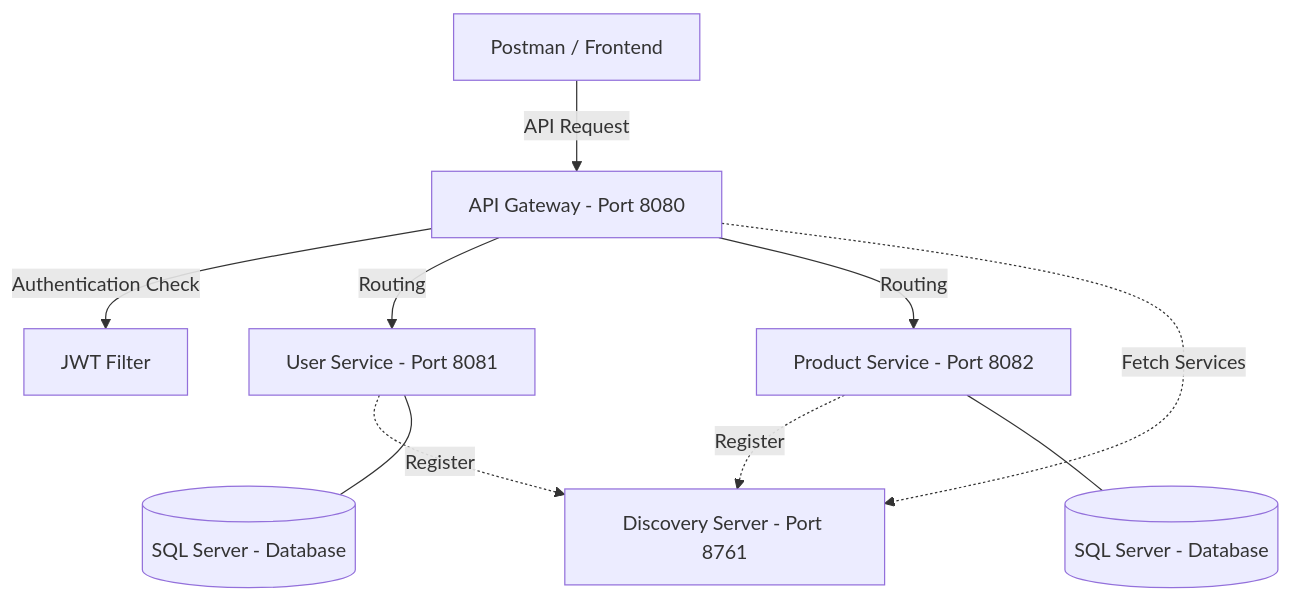
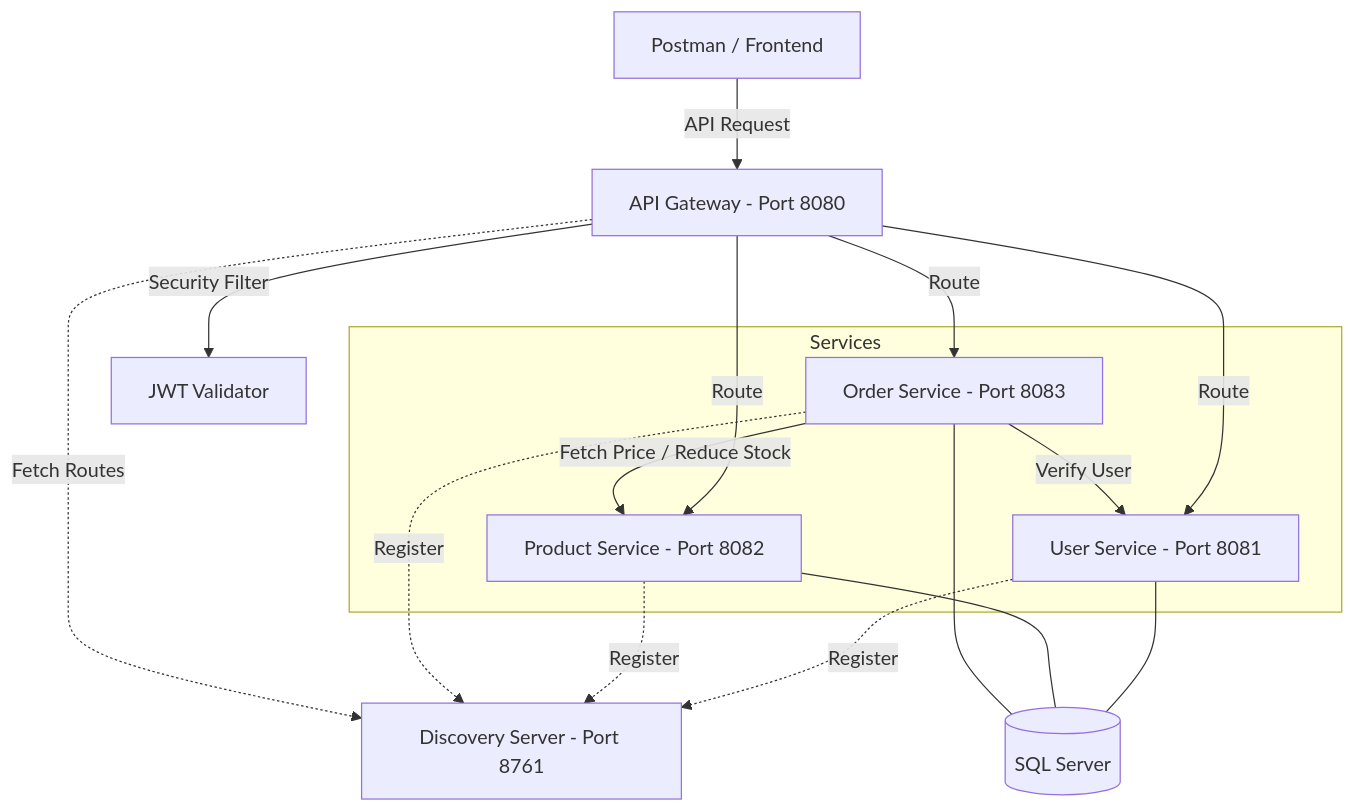
One commit to ngvu8925/gamestore-microservices changed the diagram in README.md. Above: the diagram before and after it, drawn with Mermaid. The commit also changed other lines of this file and 19 other files, not shown here.

Commit message:
docs: add screenshots and complete 5-layer microservices architecture

````diff
--- a/README.md
+++ b/README.md
@@ -7,14 +7,27 @@
 ```mermaid
 graph TD
     Client[Postman / Frontend] -->|API Request| Gateway[API Gateway - Port 8080]
-    Gateway -->|Authentication Check| JWT[JWT Filter]
-    Gateway -->|Routing| UserSvc[User Service - Port 8081]
-    Gateway -->|Routing| ProdSvc[Product Service - Port 8082]
+    Gateway -->|Security Filter| JWT[JWT Validator]
+    
+    subgraph Services
+        UserSvc[User Service - Port 8081]
+        ProdSvc[Product Service - Port 8082]
+        OrderSvc[Order Service - Port 8083]
+    end
+    
+    Gateway -->|Route| UserSvc
+    Gateway -->|Route| ProdSvc
+    Gateway -->|Route| OrderSvc
+    
+    OrderSvc -->|Verify User| UserSvc
+    OrderSvc -->|Fetch Price / Reduce Stock| ProdSvc
     
     UserSvc -.->|Register| Eureka[Discovery Server - Port 8761]
     ProdSvc -.->|Register| Eureka
-    Gateway -.->|Fetch Services| Eureka
+    OrderSvc -.->|Register| Eureka
+    Gateway -.->|Fetch Routes| Eureka
     
-    UserSvc --- SQL1[(SQL Server - Database)]
-    ProdSvc --- SQL2[(SQL Server - Database)]
+    UserSvc --- DB[(SQL Server)]
+    ProdSvc --- DB
+    OrderSvc --- DB
 ```
````
